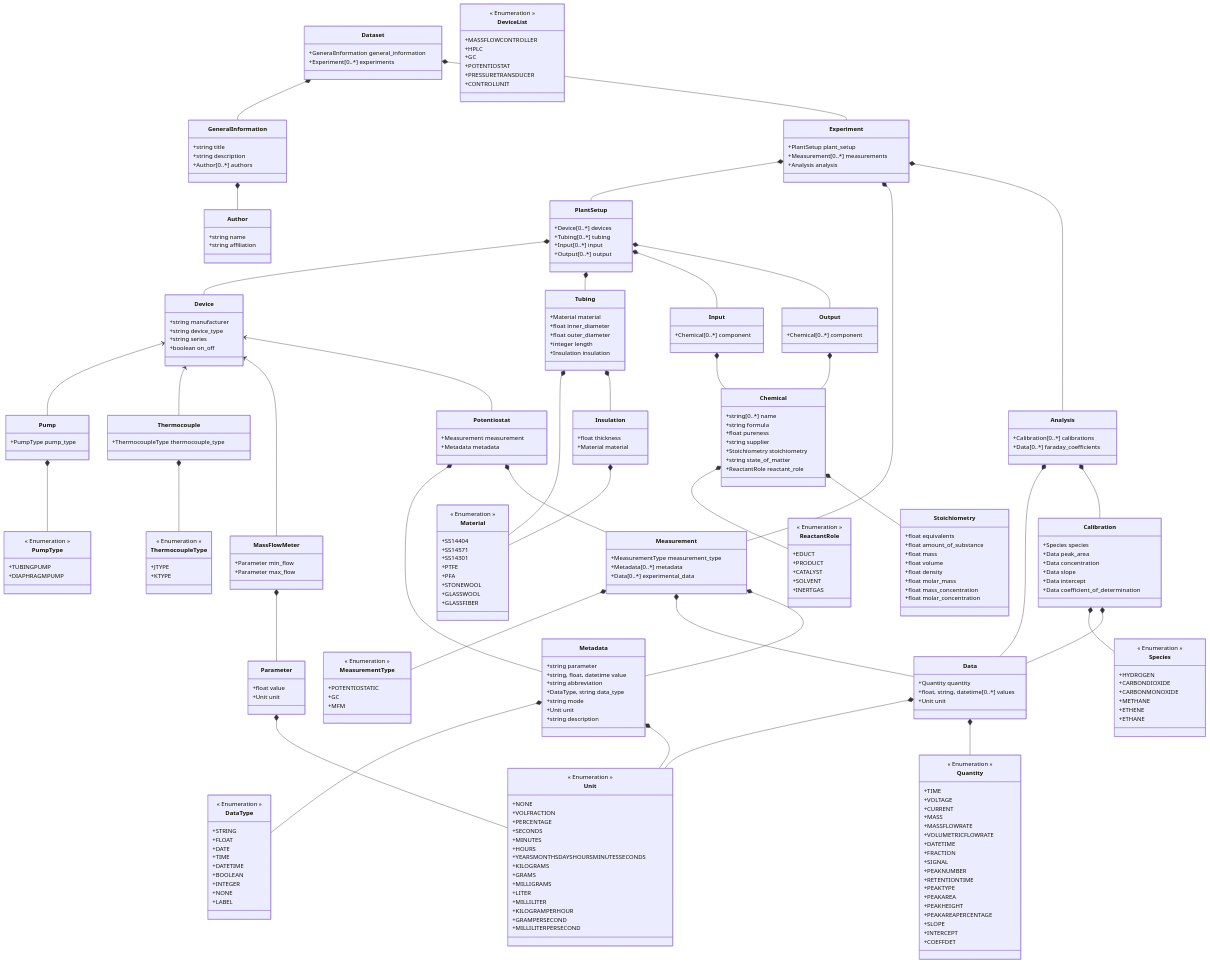
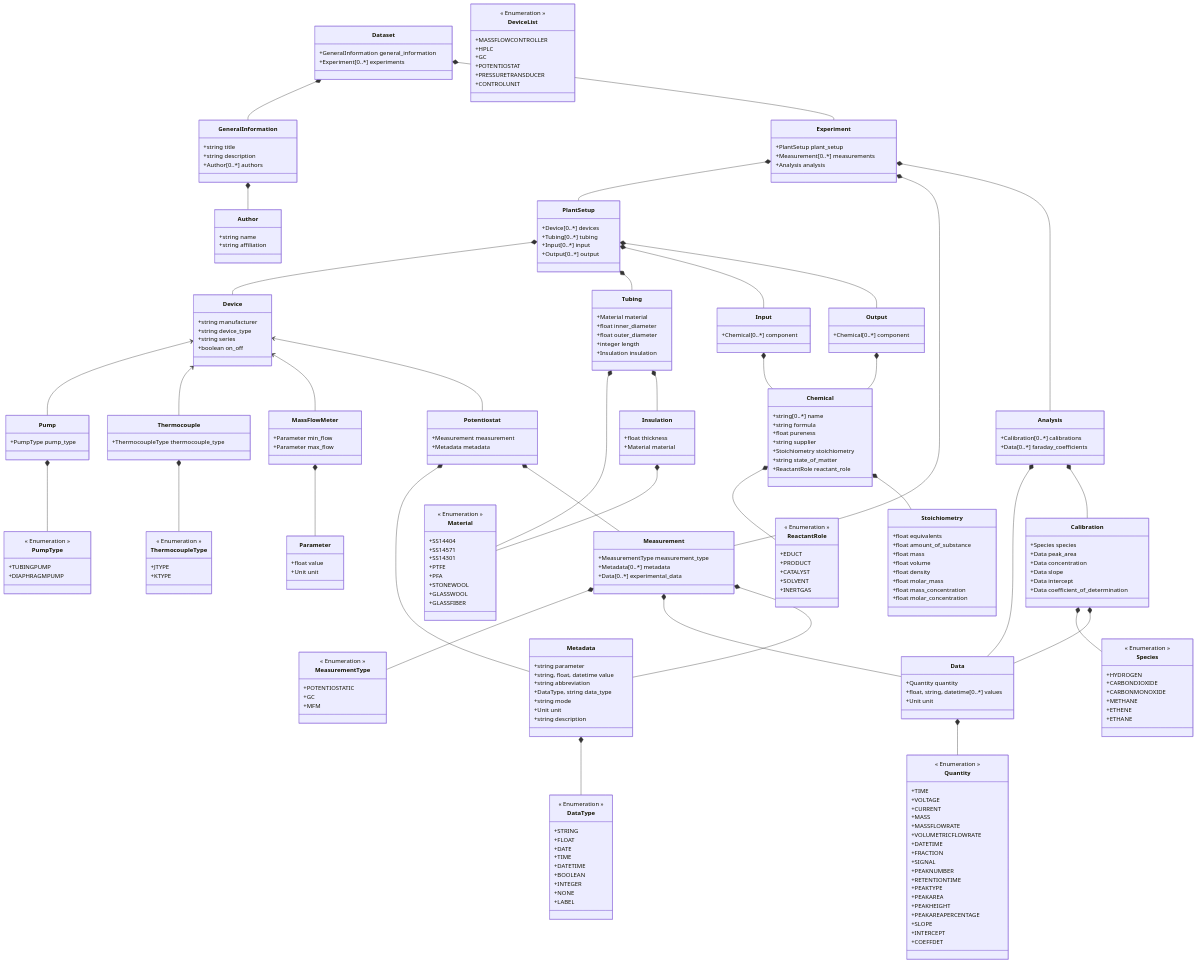
The diagram in datamodel_b07_tc/schemes/datamodel_b07_tc_schema.md (FAIRChemistry/FAIRFlow), drawn with Mermaid before and after one commit. The commit also changed 24 other files, not shown here.

```diff
--- a/datamodel_b07_tc/schemes/datamodel_b07_tc_schema.md
+++ b/datamodel_b07_tc/schemes/datamodel_b07_tc_schema.md
@@ -17,7 +17,6 @@
     Pump *-- PumpType
     Thermocouple *-- ThermocoupleType
     MassFlowMeter *-- Parameter
-    Parameter *-- Unit
     Potentiostat *-- Metadata
     Potentiostat *-- Measurement
     Tubing *-- Material
@@ -27,10 +26,8 @@
     Output *-- Chemical
     Chemical *-- ReactantRole
     Chemical *-- Stoichiometry
-    Data *-- Unit
     Data *-- Quantity
     Metadata *-- DataType
-    Metadata *-- Unit
     Measurement *-- MeasurementType
     Measurement *-- Data
     Measurement *-- Metadata
@@ -232,25 +229,6 @@
         +CONTROLUNIT
     }
     
-    class Unit {
-        << Enumeration >>
-        +NONE
-        +VOLFRACTION
-        +PERCENTAGE
-        +SECONDS
-        +MINUTES
-        +HOURS
-        +YEARSMONTHSDAYSHOURSMINUTESSECONDS
-        +KILOGRAMS
-        +GRAMS
-        +MILLIGRAMS
-        +LITER
-        +MILLILITER
-        +KILOGRAMPERHOUR
-        +GRAMPERSECOND
-        +MILLILITERPERSECOND
-    }
-    
     class Quantity {
         << Enumeration >>
         +TIME
```
